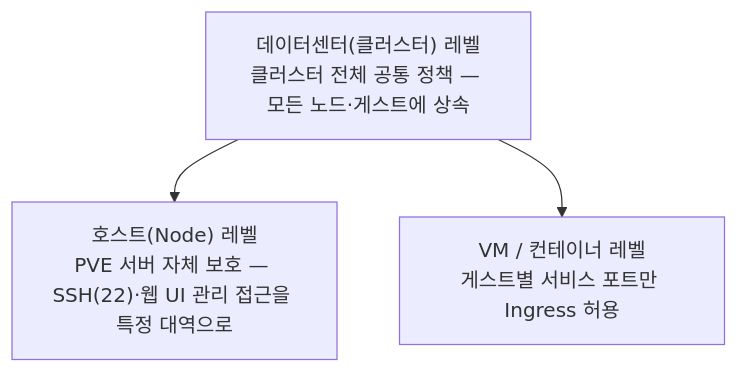
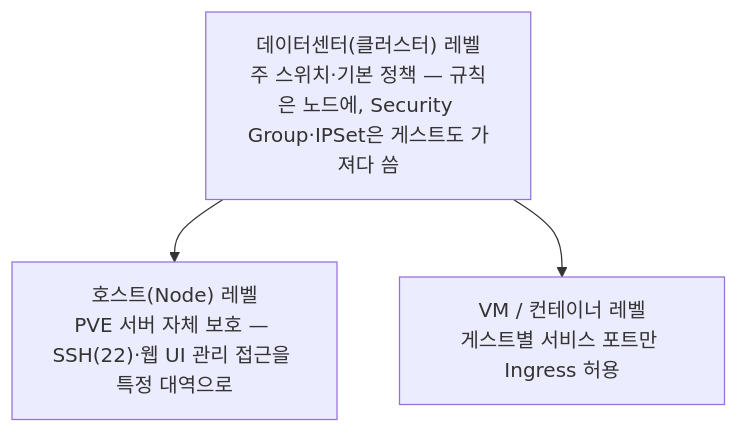
Before and after one commit to KREONET/osso-book: the third of 5 diagrams in src/I-access-control.md, drawn with Mermaid. The commit also changed other lines of this file and 18 other files, not shown here.

````diff
--- a/src/I-access-control.md
+++ b/src/I-access-control.md
@@ -278,8 +278,8 @@
 ```mermaid
 flowchart TB
-    DC["데이터센터(클러스터) 레벨<br/>클러스터 전체 공통 정책 — 모든 노드·게스트에 상속"]
+    DC["데이터센터(클러스터) 레벨<br/>주 스위치·기본 정책 — 규칙은 노드에, Security Group·IPSet은 게스트도 가져다 씀"]
     NODE["호스트(Node) 레벨<br/>PVE 서버 자체 보호 — SSH(22)·웹 UI 관리 접근을 특정 대역으로"]
     VM["VM / 컨테이너 레벨<br/>게스트별 서비스 포트만 Ingress 허용"]
     DC --> NODE
     DC --> VM
 ```
````
